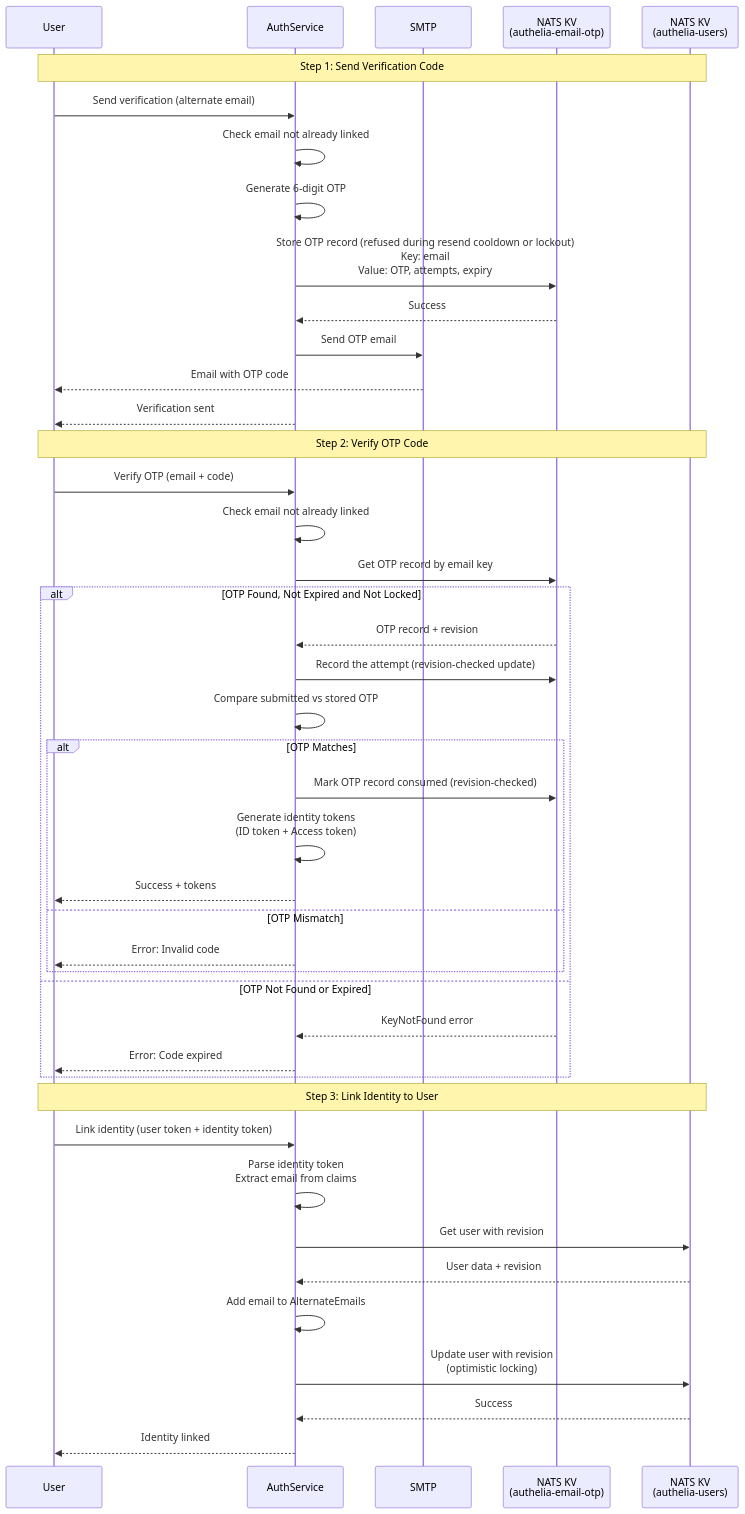
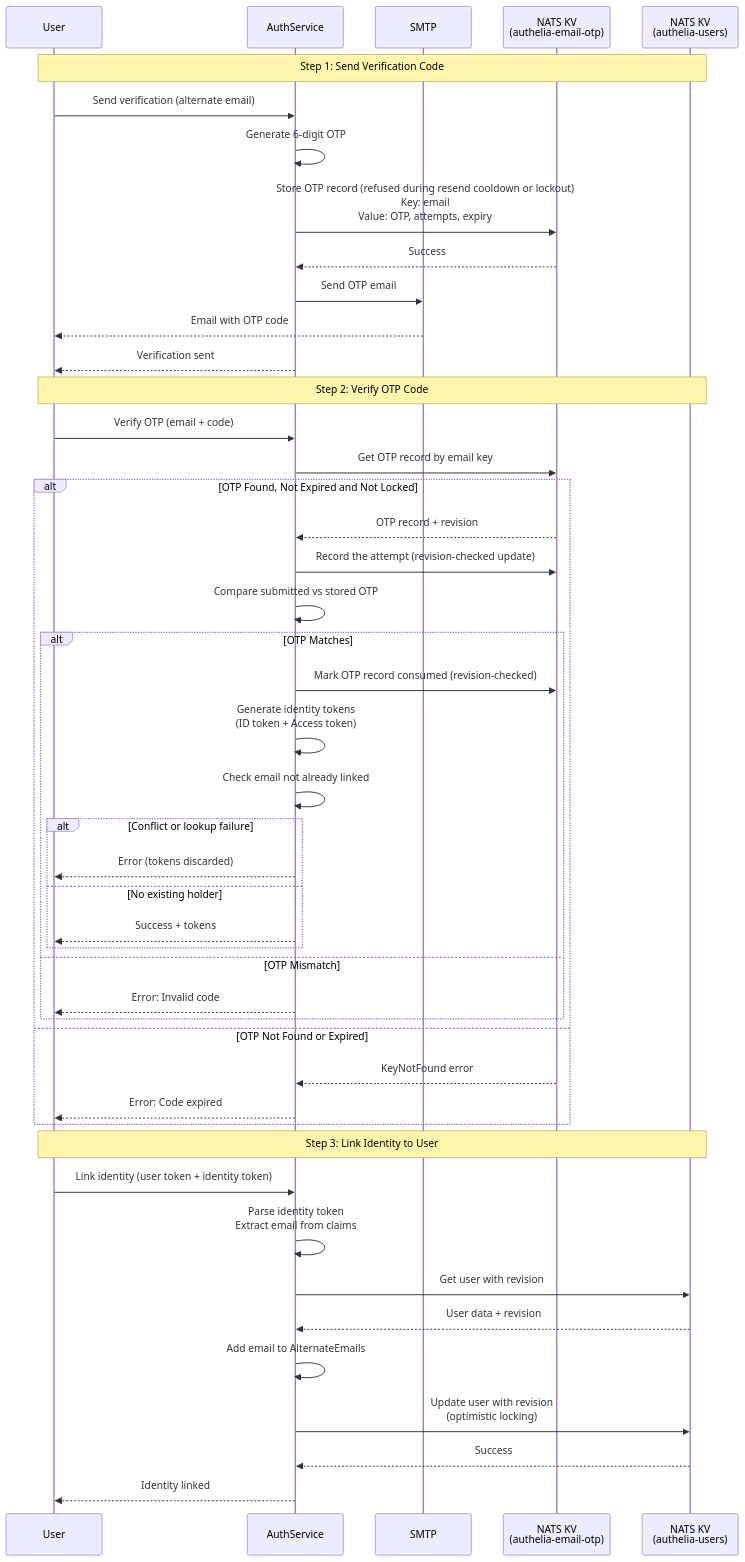
One commit to linuxfoundation/lfx-v2-auth-service changed the second of 2 diagrams in internal/infrastructure/authelia/README.md. Above: the diagram before and after it, drawn with Mermaid. The commit also changed 7 other files, not shown here.

First line of the commit message:
fix(email): check linked state after OTP proof (lfx-self-serve-ops#504)

````diff
--- a/internal/infrastructure/authelia/README.md
+++ b/internal/infrastructure/authelia/README.md
@@ -200,52 +200,55 @@
 ```mermaid
 sequenceDiagram
     participant User
     participant AuthService
     participant SMTP
     participant NATSKV as NATS KV<br/>(authelia-email-otp)
     participant Storage as NATS KV<br/>(authelia-users)
 
     Note over User,Storage: Step 1: Send Verification Code
     
     User->>AuthService: Send verification (alternate email)
-    AuthService->>AuthService: Check email not already linked
     AuthService->>AuthService: Generate 6-digit OTP
     AuthService->>NATSKV: Store OTP record (refused during resend cooldown or lockout)<br/>Key: email<br/>Value: OTP, attempts, expiry
     NATSKV-->>AuthService: Success
     AuthService->>SMTP: Send OTP email
     SMTP-->>User: Email with OTP code
     AuthService-->>User: Verification sent
 
     Note over User,Storage: Step 2: Verify OTP Code
     
     User->>AuthService: Verify OTP (email + code)
-    AuthService->>AuthService: Check email not already linked
     AuthService->>NATSKV: Get OTP record by email key
     
     alt OTP Found, Not Expired and Not Locked
         NATSKV-->>AuthService: OTP record + revision
         AuthService->>NATSKV: Record the attempt (revision-checked update)
         AuthService->>AuthService: Compare submitted vs stored OTP
         alt OTP Matches
             AuthService->>NATSKV: Mark OTP record consumed (revision-checked)
             AuthService->>AuthService: Generate identity tokens<br/>(ID token + Access token)
-            AuthService-->>User: Success + tokens
+            AuthService->>AuthService: Check email not already linked
+            alt Conflict or lookup failure
+                AuthService-->>User: Error (tokens discarded)
+            else No existing holder
+                AuthService-->>User: Success + tokens
+            end
         else OTP Mismatch
             AuthService-->>User: Error: Invalid code
         end
     else OTP Not Found or Expired
         NATSKV-->>AuthService: KeyNotFound error
         AuthService-->>User: Error: Code expired
     end
 
     Note over User,Storage: Step 3: Link Identity to User
     
     User->>AuthService: Link identity (user token + identity token)
     AuthService->>AuthService: Parse identity token<br/>Extract email from claims
     AuthService->>Storage: Get user with revision
     Storage-->>AuthService: User data + revision
     AuthService->>AuthService: Add email to AlternateEmails
     AuthService->>Storage: Update user with revision<br/>(optimistic locking)
     Storage-->>AuthService: Success
     AuthService-->>User: Identity linked
 ```
````
